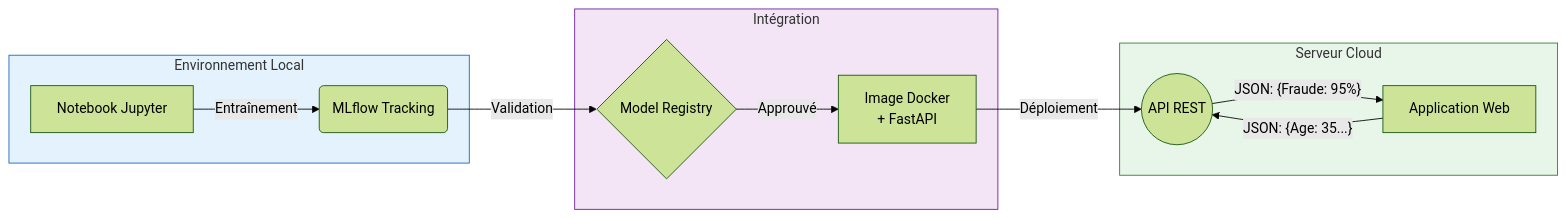
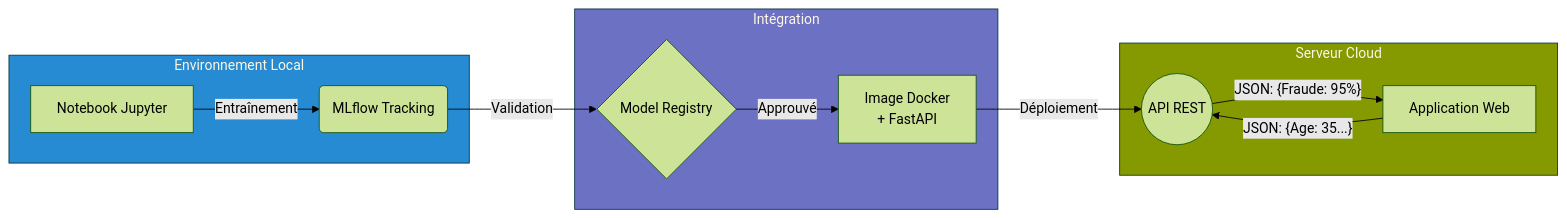
One commit to aptitek/aptispace-datascience changed the diagram in cours/6_evaluation/_63_methodes_validation.qmd. Above: the diagram before and after it, drawn with Mermaid (forest theme). The commit also changed other lines of this file and 35 other files, not shown here.

````diff
--- a/cours/6_evaluation/_63_methodes_validation.qmd
+++ b/cours/6_evaluation/_63_methodes_validation.qmd
@@ -175,22 +175,22 @@
 ```{mermaid}
 graph LR
     subgraph Developpement [Environnement Local]
         A[Notebook Jupyter] -->|Entraînement| B(MLflow Tracking)
     end
     
     subgraph Package [Intégration]
         B -->|Validation| C{Model Registry}
         C -->|Approuvé| D[Image Docker\n+ FastAPI]
     end
     
     subgraph Production [Serveur Cloud]
         D -->|Déploiement| E((API REST))
         F[Application Web] -- "JSON: {Age: 35...}" --> E
         E -- "JSON: {Fraude: 95%}" --> F
     end
 
-    style Developpement fill:#e3f2fd,stroke:#1565c0
-    style Package fill:#f3e5f5,stroke:#6a1b9a
-    style Production fill:#e8f5e9,stroke:#2e7d32
+    style Developpement fill:#268bd2,stroke:#073642,color:#fdf6e3
+    style Package fill:#6c71c4,stroke:#073642,color:#fdf6e3
+    style Production fill:#859900,stroke:#073642,color:#fdf6e3
 
 ```
````
